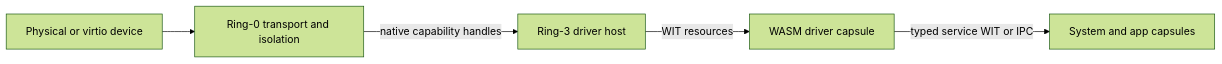
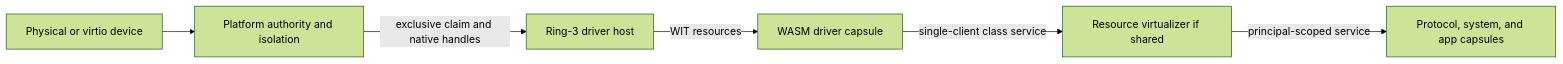
The second of 2 diagrams in docs/astrid-native-kernel.md (astrid-runtime/astrid), drawn with Mermaid (forest theme) before and after one commit. The commit also changed other lines of this file and 3 other files, not shown here.

Commit message:
docs: define AI-native OS workplan and driver boundary

````diff
--- a/docs/astrid-native-kernel.md
+++ b/docs/astrid-native-kernel.md
@@ -590,7 +594,8 @@
 ```mermaid
 flowchart LR
-    Device[Physical or virtio device] --> Native[Ring-0 transport and isolation]
-    Native -->|native capability handles| Host[Ring-3 driver host]
+    Device[Physical or virtio device] --> Native[Platform authority and isolation]
+    Native -->|exclusive claim and native handles| Host[Ring-3 driver host]
     Host -->|WIT resources| Driver[WASM driver capsule]
-    Driver -->|typed service WIT or IPC| Consumers[System and app capsules]
+    Driver -->|single-client class service| Virtualizer[Resource virtualizer if shared]
+    Virtualizer -->|principal-scoped service| Consumers[Protocol, system, and app capsules]
 ```
````
